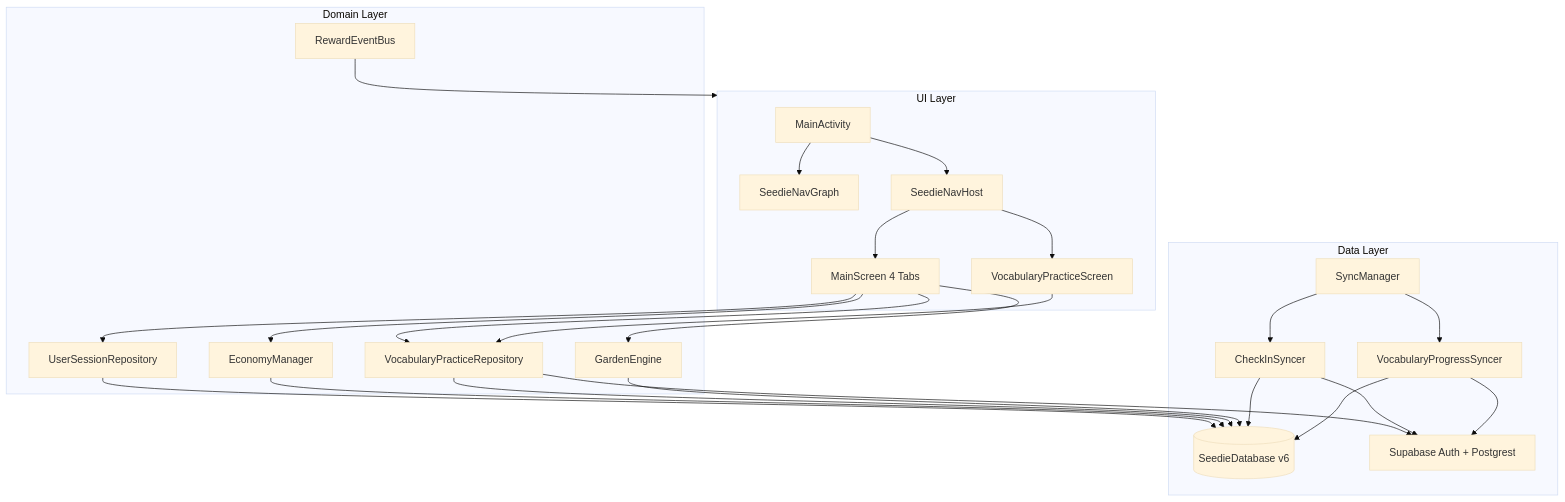
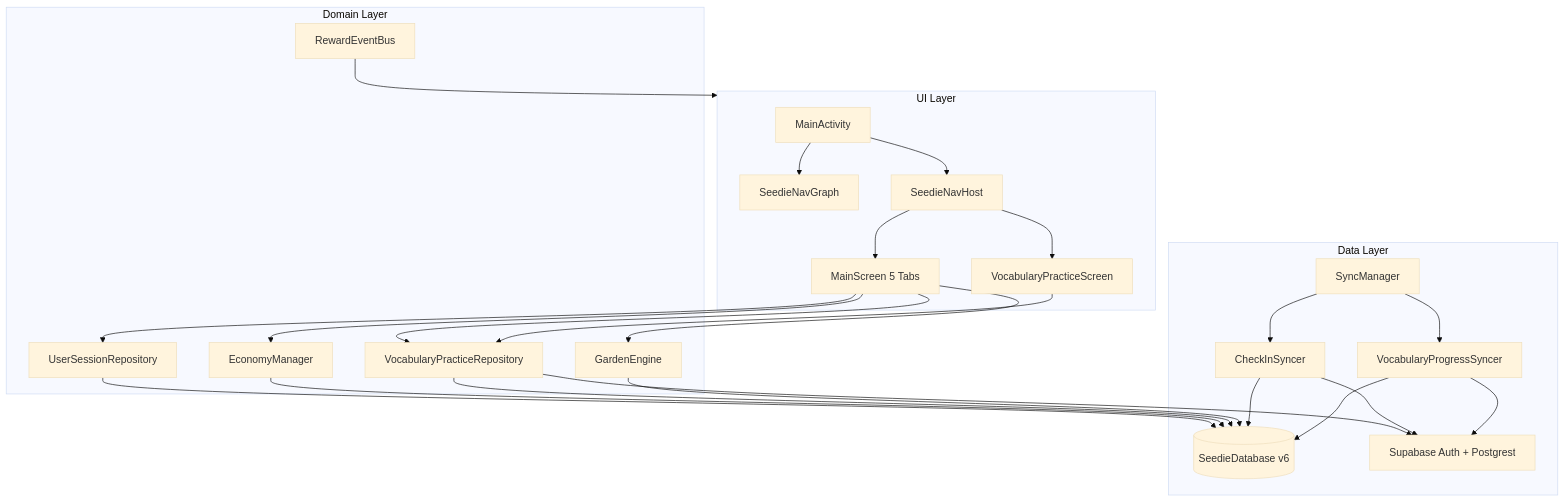
One commit to DawnTilDusk/EnglishApp changed the first of 5 diagrams in docs/2026-06-28/project_overview.md. Above: the diagram before and after it, drawn with Mermaid (base theme). The commit also changed other lines of this file and 36 other files, not shown here.

````diff
--- a/docs/2026-06-28/project_overview.md
+++ b/docs/2026-06-28/project_overview.md
@@ -175,48 +176,48 @@
 ```mermaid
 flowchart TB
     subgraph ui [UI Layer]
         MA[MainActivity]
         NavAuth[SeedieNavGraph]
         NavMain[SeedieNavHost]
-        Tabs[MainScreen 4 Tabs]
+        Tabs[MainScreen 5 Tabs]
         Practice[VocabularyPracticeScreen]
     end
 
     subgraph domain [Domain Layer]
         UR[UserSessionRepository]
         EM[EconomyManager]
         VPR[VocabularyPracticeRepository]
         GE[GardenEngine]
         REB[RewardEventBus]
     end
 
     subgraph data [Data Layer]
         Room[(SeedieDatabase v6)]
         SB[Supabase Auth + Postgrest]
         SM[SyncManager]
         CS[CheckInSyncer]
         VPS[VocabularyProgressSyncer]
     end
 
     MA --> NavAuth
     MA --> NavMain
     NavMain --> Tabs
     NavMain --> Practice
     Tabs --> UR
     Tabs --> EM
     Tabs --> VPR
     Tabs --> GE
     Practice --> VPR
     UR --> Room
     EM --> Room
     VPR --> Room
     GE --> Room
     VPR --> SB
     SM --> CS
     SM --> VPS
     CS --> Room
     CS --> SB
     VPS --> Room
     VPS --> SB
     REB --> ui
 ```
````
